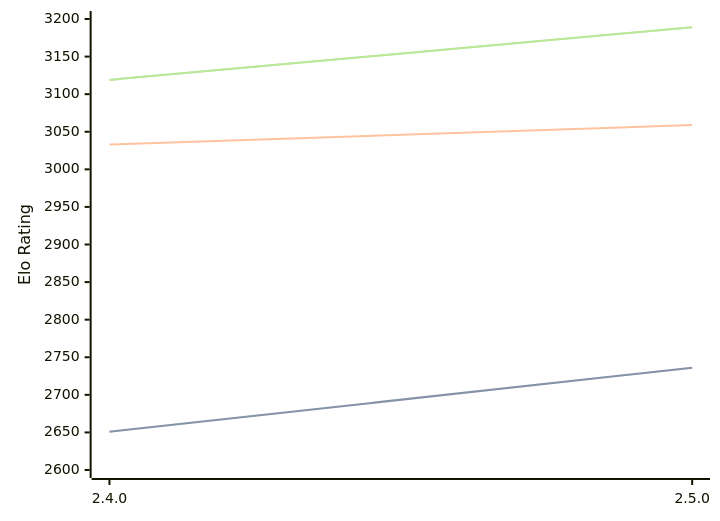
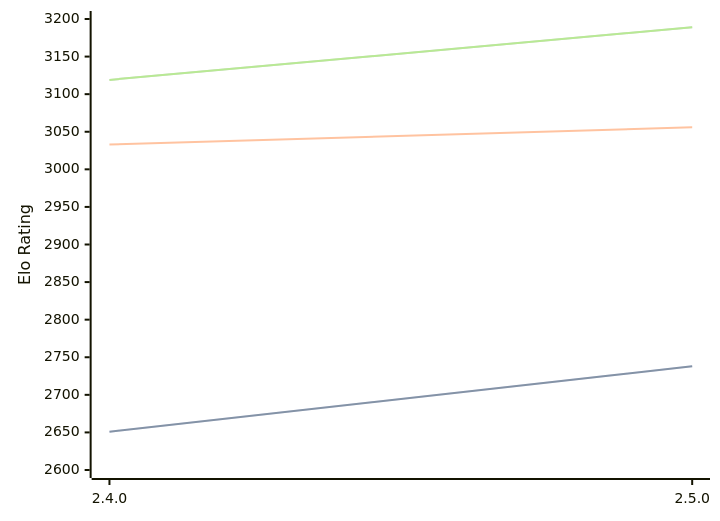
One commit to computer-chess-index/cci changed the diagram in engines/Sturddle2.md. Above: the diagram before and after it, drawn with Mermaid. The commit also changed other lines of this file, not shown here.

Commit message:
Update CCI Ratings (ELO VLTC) - 2026-04-05

````diff
--- a/engines/Sturddle2.md
+++ b/engines/Sturddle2.md
@@ -37,11 +37,11 @@
 ```mermaid
 %%{init: {"theme":"base","themeVariables":{"seriesColors:['#a3a3a3','#222221','#faa371']}}}%%
 xychart-beta
   x-axis ["2.4.0", "2.5.0"]
   y-axis "Elo Rating" 2600 --> 3200
-  line "STC (8.0+0.08s)" [2651, 2736]
-  line "STC (8.0+0.08s)" [2651, 2736]
-  line "LTC (60.0+0.60s)" [3033, 3059]
+  line "STC (8.0+0.08s)" [2651, 2738]
+  line "STC (8.0+0.08s)" [2651, 2738]
+  line "LTC (60.0+0.60s)" [3033, 3056]
   line "VLTC (2m24s+1.12s)" [3119, 3189]
   line "VLTC (2m24s+1.12s)" [3119, 3189]
 ```
````
